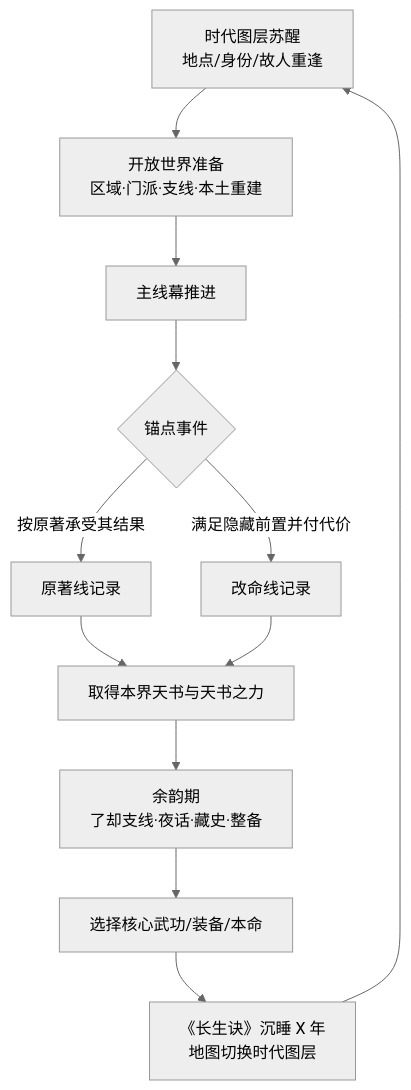
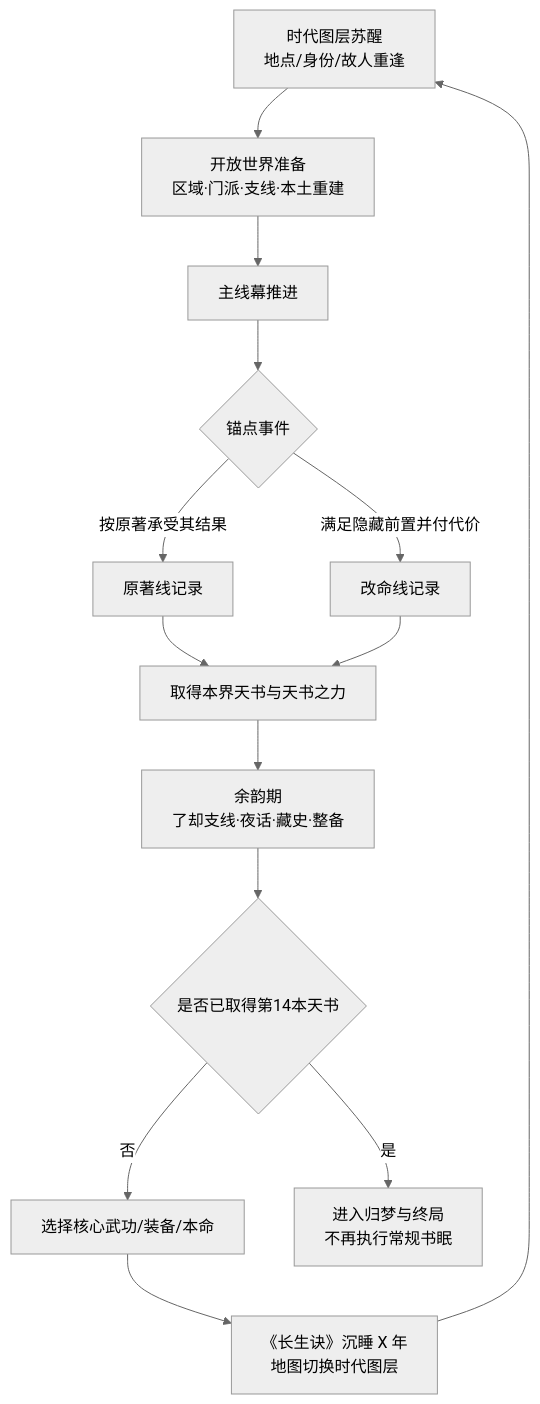
Before and after one commit to radarxc/jinyongqunxia: the third of 5 diagrams in docs/design/01-vision-and-core-loop.md, drawn with Mermaid (neutral theme). The commit also changed other lines of this file and 1 other file, not shown here.

````diff
--- a/docs/design/01-vision-and-core-loop.md
+++ b/docs/design/01-vision-and-core-loop.md
@@ -434,14 +439,16 @@
 ```mermaid
 flowchart TD
     A[时代图层苏醒<br/>地点/身份/故人重逢] --> B[开放世界准备<br/>区域·门派·支线·本土重建]
     B --> C[主线幕推进]
     C --> D{锚点事件}
     D -->|按原著承受其结果| E[原著线记录]
     D -->|满足隐藏前置并付代价| F[改命线记录]
     E --> G[取得本界天书与天书之力]
     F --> G
     G --> H[余韵期<br/>了却支线·夜话·藏史·整备]
-    H --> I[选择核心武功/装备/本命]
+    H --> K{是否已取得第14本天书}
+    K -->|否| I[选择核心武功/装备/本命]
     I --> J[《长生诀》沉睡 X 年<br/>地图切换时代图层]
     J --> A
+    K -->|是| L[进入归梦与终局<br/>不再执行常规书眠]
 ```
````
